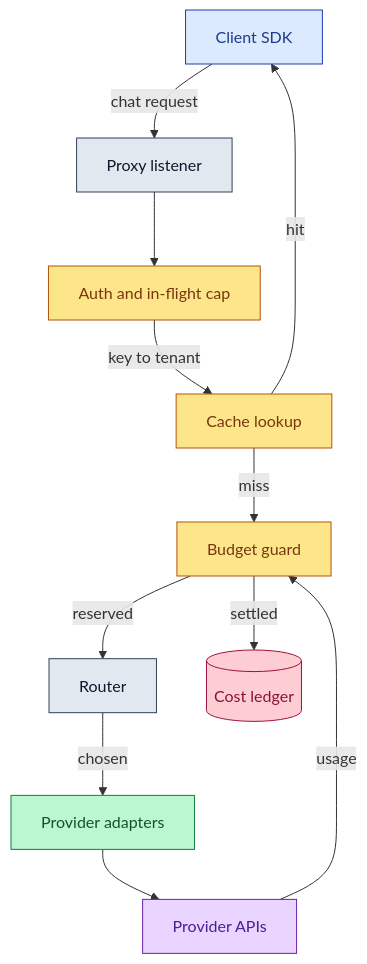
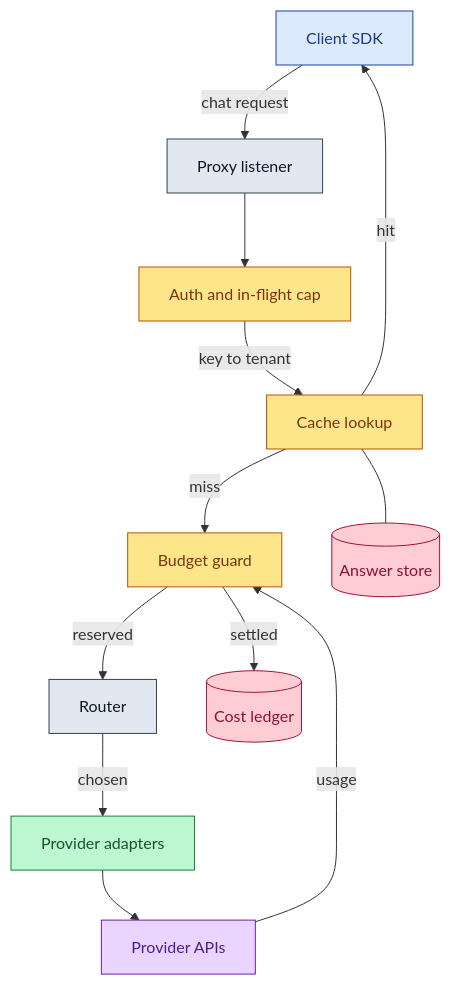
Before and after one commit to rajeev-chaurasia/pen-stock: the diagram in README.md, drawn with Mermaid. The commit also changed 5 other files, not shown here.

First line of the commit message:
docs: make the diagram palette checkable, and apply it correctly

````diff
--- a/README.md
+++ b/README.md
@@ -96,37 +96,39 @@
 ```mermaid
 flowchart TD
     CLIENT[Client SDK]
     LISTEN[Proxy listener]
     GATE[Auth and in-flight cap]
     CACHE[Cache lookup]
     BUDGET[Budget guard]
     ROUTER[Router]
     ADAPTER[Provider adapters]
     UPSTREAM[Provider APIs]
+    STORE[(Answer store)]
     LEDGER[(Cost ledger)]
 
     CLIENT -->|chat request| LISTEN
     LISTEN --> GATE
     GATE -->|key to tenant| CACHE
     CACHE -->|hit| CLIENT
     CACHE -->|miss| BUDGET
+    CACHE --- STORE
     BUDGET -->|reserved| ROUTER
     ROUTER -->|chosen| ADAPTER
     ADAPTER --> UPSTREAM
     UPSTREAM -->|usage| BUDGET
     BUDGET -->|settled| LEDGER
 
     classDef client fill:#dbeafe,stroke:#1e40af,color:#1e3a8a
     classDef gateway fill:#e2e8f0,stroke:#334155,color:#0f172a
     classDef policy fill:#fde68a,stroke:#b45309,color:#78350f
     classDef adapter fill:#bbf7d0,stroke:#15803d,color:#14532d
     classDef external fill:#e9d5ff,stroke:#6b21a8,color:#4c1d95
     classDef storage fill:#fecdd3,stroke:#9f1239,color:#881337
 
     class CLIENT client
     class LISTEN,ROUTER gateway
     class GATE,CACHE,BUDGET policy
     class ADAPTER adapter
     class UPSTREAM external
-    class LEDGER storage
+    class STORE,LEDGER storage
 ```
````
